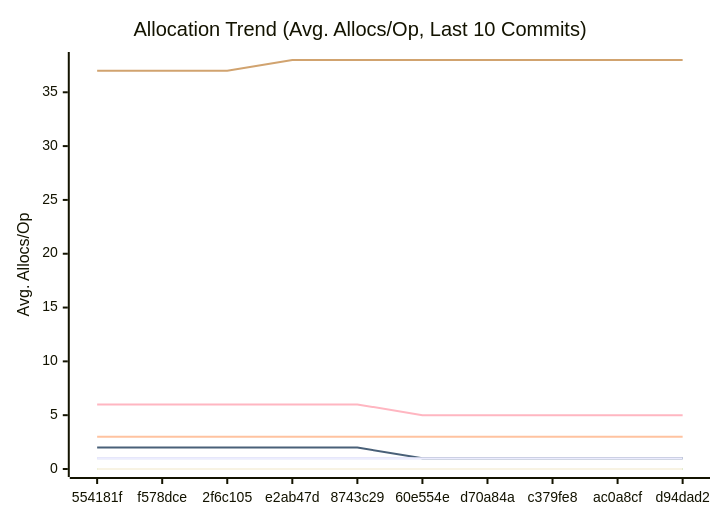
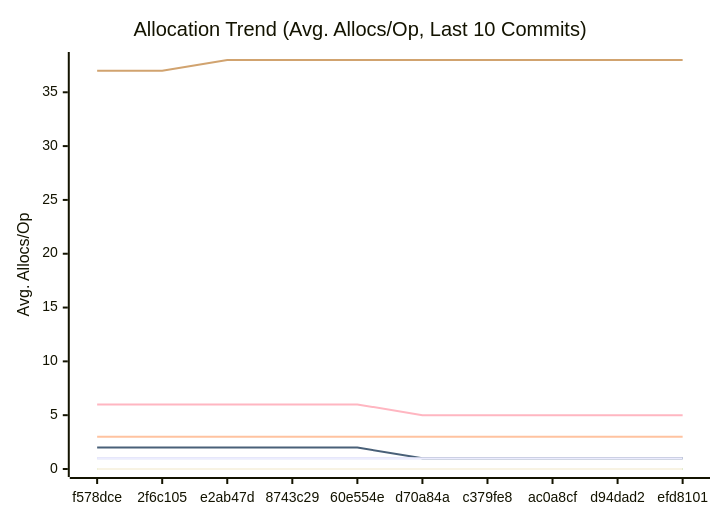
The third of 3 diagrams in docs/PERFORMANCE.md (alsotoes/momo), drawn with Mermaid before and after one commit. The commit also changed other lines of this file and 3 other files, not shown here.

````diff
--- a/docs/PERFORMANCE.md
+++ b/docs/PERFORMANCE.md
@@ -176,18 +176,18 @@
 ```mermaid
 xychart-beta
     title "Allocation Trend (Avg. Allocs/Op, Last 10 Commits)"
     x-axis "Commit"
     y-axis "Avg. Allocs/Op"
-    x-axis [554181f,f578dce,2f6c105,e2ab47d,8743c29,60e554e,d70a84a,c379fe8,ac0a8cf,d94dad2]
+    x-axis [f578dce,2f6c105,e2ab47d,8743c29,60e554e,d70a84a,c379fe8,ac0a8cf,d94dad2,efd8101]
     line "CheckMetricsAndSwap" [0,0,0,0,0,0,0,0,0,0]
     line "CrushOptimized" [0,0,0,0,0,0,0,0,0,0]
     line "CrushOriginal" [3,3,3,3,3,3,3,3,3,3]
     line "IndexDirectTracking" [0,0,0,0,0,0,0,0,0,0]
     line "IndexSearch" [0,0,0,0,0,0,0,0,0,0]
-    line "LoadGlobalConfig" [37,37,37,38,38,38,38,38,38,38]
+    line "LoadGlobalConfig" [37,37,38,38,38,38,38,38,38,38]
     line "PadString" [1,1,1,1,1,1,1,1,1,1]
     line "ParseReplicationOrder_NoPrealloc" [6,6,6,6,6,5,5,5,5,5]
     line "ParseReplicationOrder_Prealloc" [2,2,2,2,2,1,1,1,1,1]
     line "SanitizeLog/Safe" [0,0,0,0,0,0,0,0,0,0]
     line "SanitizeLog/Unsafe" [1,1,1,1,1,1,1,1,1,1]
 ```
````
